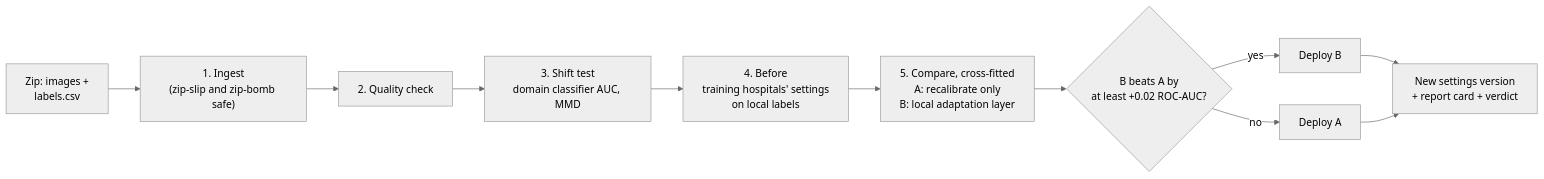
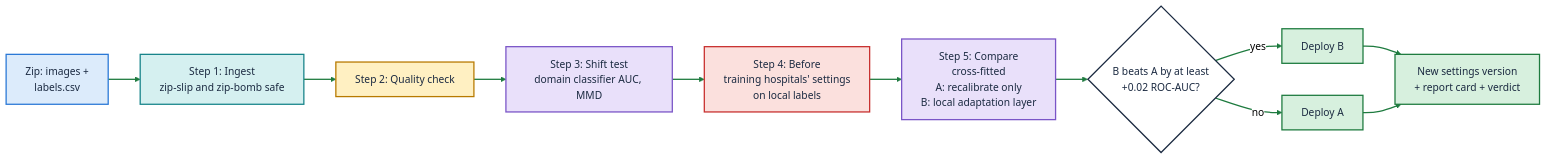
One commit to hrdk6/Neural-Storm-Hackathon changed the fourth of 8 diagrams in README.md. Above: the diagram before and after it, drawn with Mermaid (neutral theme). The commit also changed other lines of this file, not shown here.

````diff
--- a/README.md
+++ b/README.md
@@ -169,13 +197,21 @@
 ```mermaid
 flowchart LR
-    Z["Zip: images +<br/>labels.csv"] --> I["1. Ingest<br/>(zip-slip and zip-bomb safe)"]
-    I --> Qc["2. Quality check"]
-    Qc --> Sh["3. Shift test<br/>domain classifier AUC, MMD"]
-    Sh --> B["4. Before<br/>training hospitals' settings<br/>on local labels"]
-    B --> X["5. Compare, cross-fitted<br/>A: recalibrate only<br/>B: local adaptation layer"]
-    X --> W{"B beats A by<br/>at least +0.02 ROC-AUC?"}
-    W -- yes --> DB["Deploy B"]
-    W -- no --> DA["Deploy A"]
-    DB --> V["New settings version<br/>+ report card + verdict"]
+    classDef data fill:#DCEBFB,stroke:#2A78D6,stroke-width:2px,color:#1B2A41
+    classDef model fill:#E9E0FA,stroke:#7A55C7,stroke-width:2px,color:#1B2A41
+    classDef good fill:#D7F0DE,stroke:#1E7B3F,stroke-width:2px,color:#1B2A41
+    classDef warn fill:#FFF0C2,stroke:#B87A00,stroke-width:2px,color:#1B2A41
+    classDef bad fill:#FBE0DD,stroke:#C8302F,stroke-width:2px,color:#1B2A41
+    classDef info fill:#D5F0F0,stroke:#17848A,stroke-width:2px,color:#1B2A41
+    classDef gate fill:#FFFFFF,stroke:#1B2A41,stroke-width:2px,color:#1B2A41
+    Z["Zip: images +<br/>labels.csv"]:::data --> I["Step 1: Ingest<br/>zip-slip and zip-bomb safe"]:::info
+    I --> Qc["Step 2: Quality check"]:::warn
+    Qc --> Sh["Step 3: Shift test<br/>domain classifier AUC, MMD"]:::model
+    Sh --> B["Step 4: Before<br/>training hospitals' settings<br/>on local labels"]:::bad
+    B --> X["Step 5: Compare<br/>cross-fitted<br/>A: recalibrate only<br/>B: local adaptation layer"]:::model
+    X --> W{"B beats A by at least<br/>+0.02 ROC-AUC?"}:::gate
+    W -- yes --> DB["Deploy B"]:::good
+    W -- no --> DA["Deploy A"]:::good
+    DB --> V["New settings version<br/>+ report card + verdict"]:::good
     DA --> V
+    linkStyle default stroke:#1E7B3F,stroke-width:2px
 ```
````
